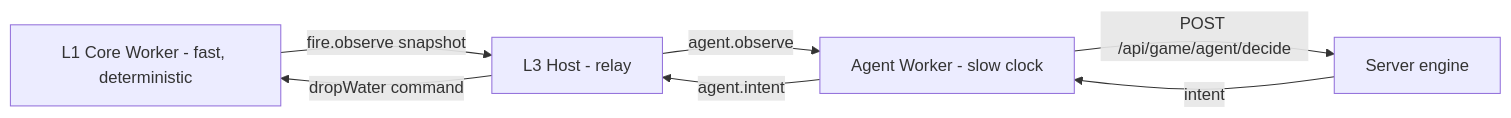
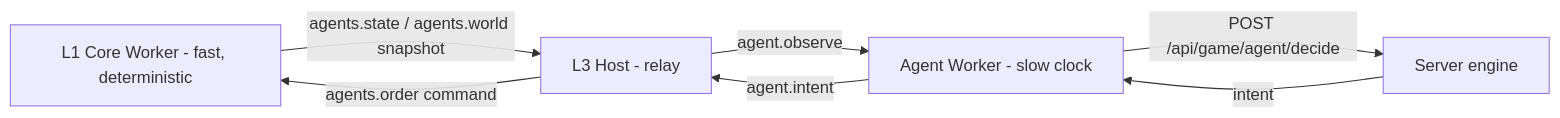
One commit to kandeng/real-world-disaster-game changed the second of 2 diagrams in README.md. Above: the diagram before and after it, drawn with Mermaid. The commit also changed other lines of this file and 82 other files, not shown here.

````diff
--- a/README.md
+++ b/README.md
@@ -136,9 +250,9 @@
 ```mermaid
 graph LR
-    Core[L1 Core Worker - fast, deterministic] -->|fire.observe snapshot| Host[L3 Host - relay]
+    Core[L1 Core Worker - fast, deterministic] -->|agents.state / agents.world snapshot| Host[L3 Host - relay]
     Host -->|agent.observe| Agent[Agent Worker - slow clock]
     Agent -->|POST /api/game/agent/decide| Server[Server engine]
     Server -->|intent| Agent
     Agent -->|agent.intent| Host
-    Host -->|dropWater command| Core
+    Host -->|agents.order command| Core
 ```
````
